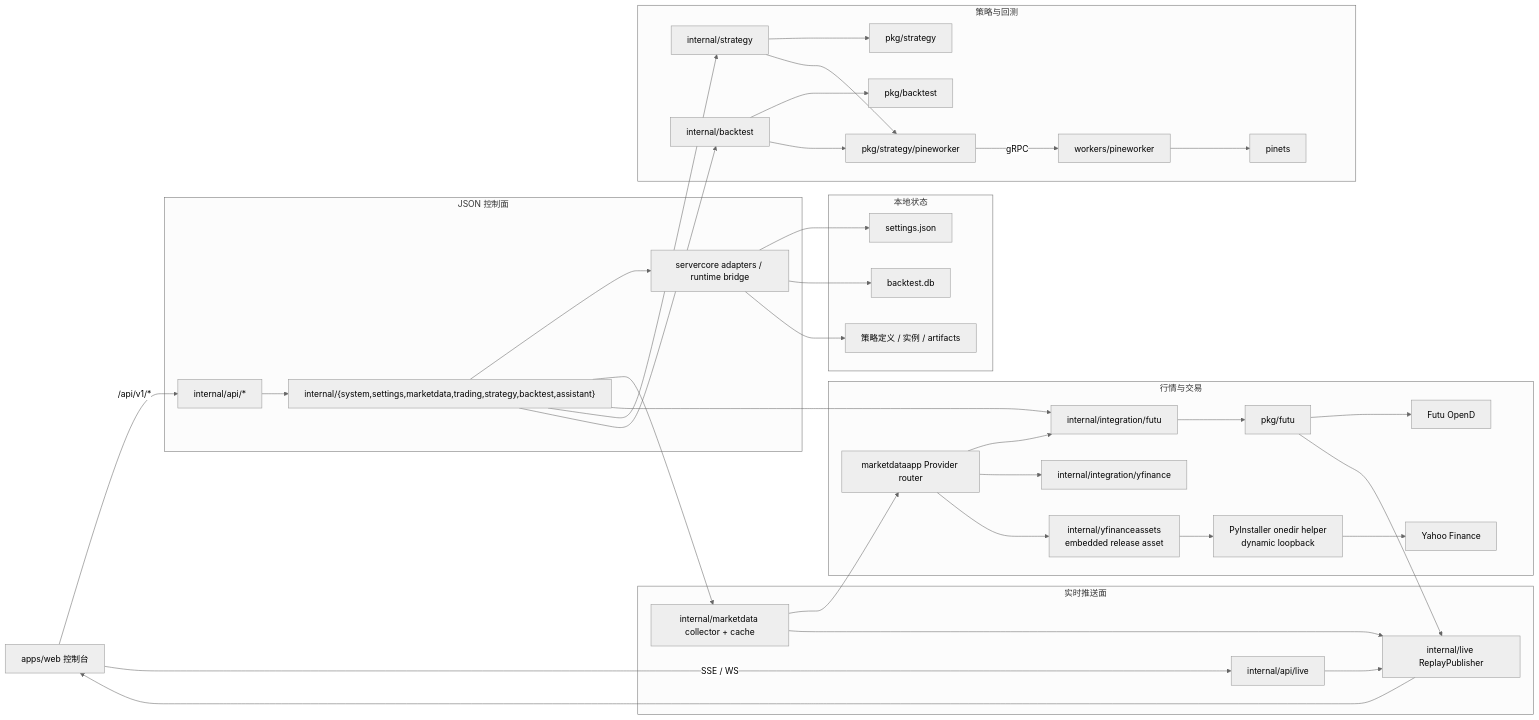
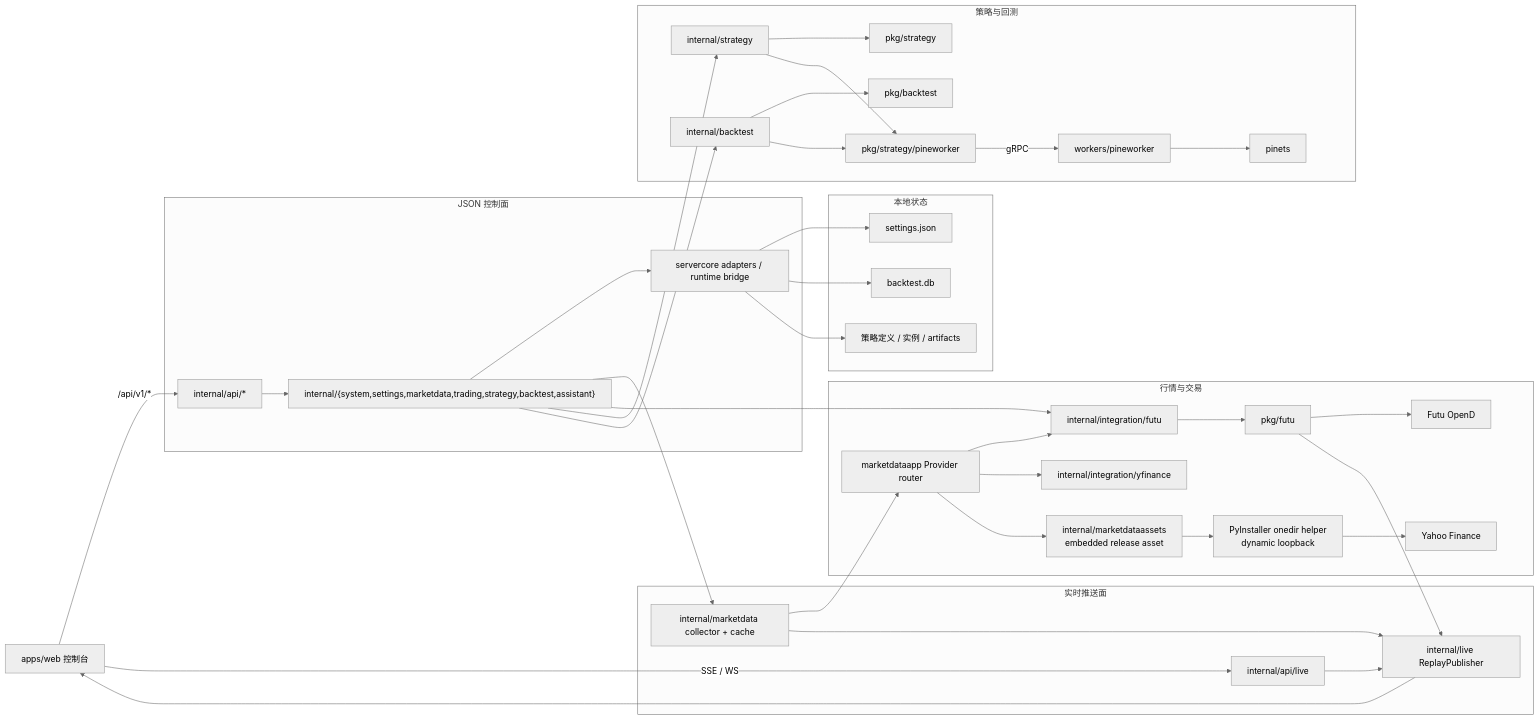
The second of 3 diagrams in docs/architecture-mermaid.md (Dennishaha/JFTrade), drawn with Mermaid (neutral theme) before and after one commit. The commit also changed other lines of this file and 204 other files, not shown here.

````diff
--- a/docs/architecture-mermaid.md
+++ b/docs/architecture-mermaid.md
@@ -155,64 +155,64 @@
 ```mermaid
 flowchart LR
     Web["apps/web 控制台"]
 
     subgraph JSON["JSON 控制面"]
         API["internal/api/*"]
         Services["internal/{system,settings,marketdata,trading,strategy,backtest,assistant}"]
         Core["servercore adapters / runtime bridge"]
     end
 
     subgraph Live["实时推送面"]
         LiveAPI["internal/api/live"]
         LiveBus["internal/live ReplayPublisher"]
         Collector["internal/marketdata collector + cache"]
     end
 
     subgraph MarketTrade["行情与交易"]
         MarketRuntime["marketdataapp Provider router"]
         FutuIntegration["internal/integration/futu"]
         YFinanceIntegration["internal/integration/yfinance"]
-        YFinanceAssets["internal/yfinanceassets<br/>embedded release asset"]
+        YFinanceAssets["internal/marketdataassets<br/>embedded release asset"]
         YFinanceSidecar["PyInstaller onedir helper<br/>dynamic loopback"]
         Yahoo["Yahoo Finance"]
         FutuPkg["pkg/futu"]
         OpenD["Futu OpenD"]
     end
 
     subgraph StrategyBacktest["策略与回测"]
         StrategySvc["internal/strategy"]
         BacktestSvc["internal/backtest"]
         StrategyPkg["pkg/strategy"]
         BacktestPkg["pkg/backtest"]
         WorkerGo["pkg/strategy/pineworker"]
         WorkerNode["workers/pineworker"]
         PineTS["pinets"]
     end
 
     subgraph LocalStore["本地状态"]
         Settings["settings.json"]
         DB["backtest.db"]
         RuntimeFiles["策略定义 / 实例 / artifacts"]
     end
 
     Web -->|/api/v1/*| API --> Services --> Core
     Web -->|SSE / WS| LiveAPI --> LiveBus --> Web
 
     Services --> Collector --> MarketRuntime
     MarketRuntime --> FutuIntegration
     MarketRuntime --> YFinanceIntegration
     MarketRuntime --> YFinanceAssets --> YFinanceSidecar --> Yahoo
     Services --> FutuIntegration --> FutuPkg --> OpenD
     Collector --> LiveBus
     FutuPkg --> LiveBus
 
     Services --> StrategySvc --> StrategyPkg
     Services --> BacktestSvc --> BacktestPkg
     StrategySvc --> WorkerGo
     BacktestSvc --> WorkerGo
     WorkerGo -->|gRPC| WorkerNode --> PineTS
 
     Core --> Settings
     Core --> DB
     Core --> RuntimeFiles
 ```
````
